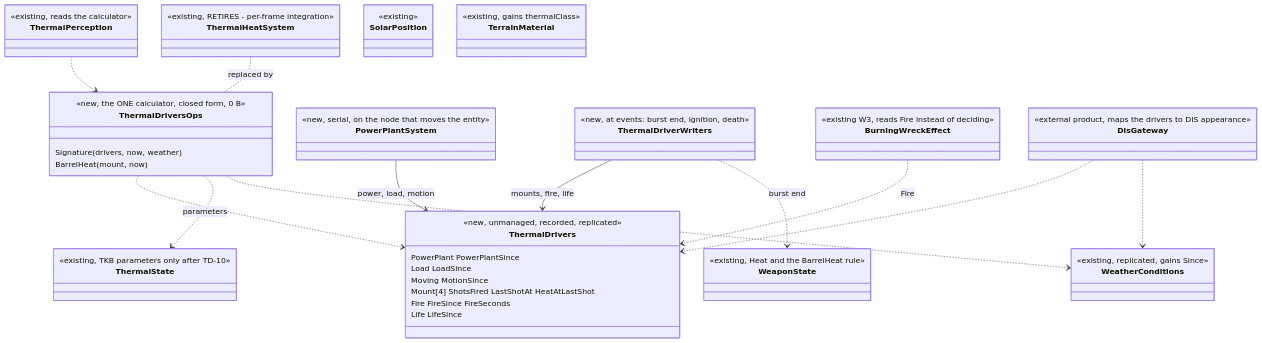
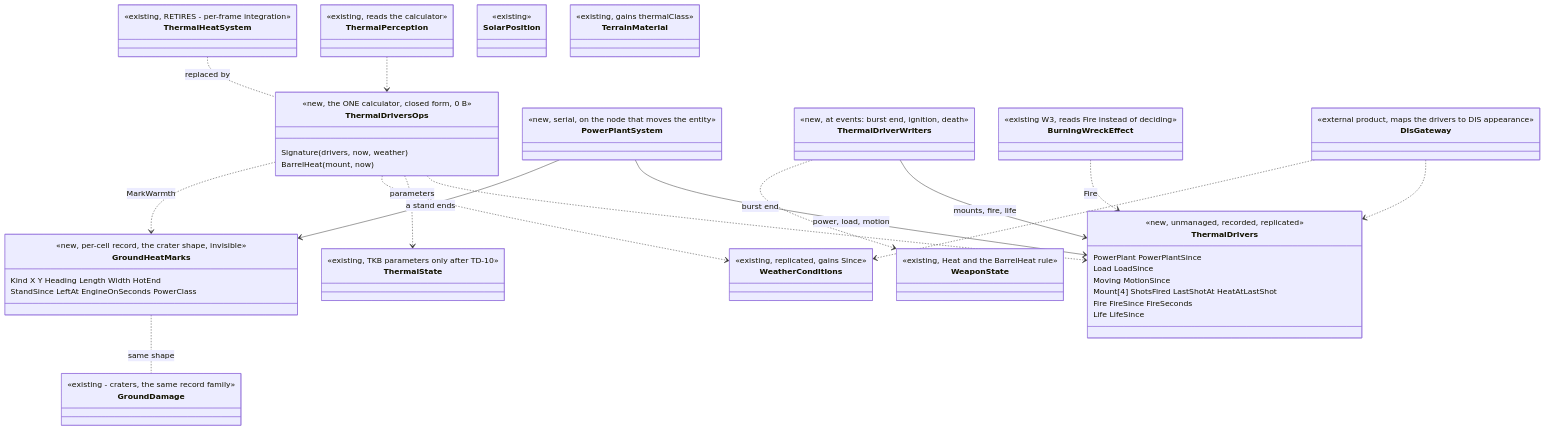
The first of 3 diagrams in docs/designs/thermal/DESIGN_Thermal_Drivers.md (pjanec/HROT), drawn with Mermaid before and after one commit. The commit also changed other lines of this file and 1 other file, not shown here.

First line of the commit message:
thermal drivers: TD-14 ground heat marks (the warm spot a vehicle leaves, invisible terrain records like craters); TD-15 the late joiner's sun (ruled)

````diff
--- a/docs/designs/thermal/DESIGN_Thermal_Drivers.md
+++ b/docs/designs/thermal/DESIGN_Thermal_Drivers.md
@@ -84,61 +105,72 @@
 ```mermaid
 classDiagram
   class ThermalDrivers {
     <<new, unmanaged, recorded, replicated>>
     PowerPlant PowerPlantSince
     Load LoadSince
     Moving MotionSince
     Mount[4] ShotsFired LastShotAt HeatAtLastShot
     Fire FireSince FireSeconds
     Life LifeSince
   }
   class ThermalDriversOps {
     <<new, the ONE calculator, closed form, 0 B>>
     Signature(drivers, now, weather)
     BarrelHeat(mount, now)
   }
   class PowerPlantSystem {
     <<new, serial, on the node that moves the entity>>
   }
   class ThermalDriverWriters {
     <<new, at events: burst end, ignition, death>>
   }
   class ThermalState {
     <<existing, TKB parameters only after TD-10>>
   }
   class ThermalHeatSystem {
     <<existing, RETIRES - per-frame integration>>
   }
   class ThermalPerception {
     <<existing, reads the calculator>>
   }
   class WeaponState {
     <<existing, Heat and the BarrelHeat rule>>
   }
   class BurningWreckEffect {
     <<existing W3, reads Fire instead of deciding>>
   }
   class WeatherConditions {
     <<existing, replicated, gains Since>>
   }
   class SolarPosition {
     <<existing>>
   }
   class TerrainMaterial {
     <<existing, gains thermalClass>>
   }
+  class GroundHeatMarks {
+    <<new, per-cell record, the crater shape, invisible>>
+    Kind X Y Heading Length Width HotEnd
+    StandSince LeftAt EngineOnSeconds PowerClass
+  }
+  class GroundDamage {
+    <<existing - craters, the same record family>>
+  }
   class DisGateway {
     <<external product, maps the drivers to DIS appearance>>
   }
   PowerPlantSystem --> ThermalDrivers : power, load, motion
   ThermalDriverWriters --> ThermalDrivers : mounts, fire, life
   ThermalDriverWriters ..> WeaponState : burst end
   ThermalDriversOps ..> ThermalDrivers
   ThermalDriversOps ..> ThermalState : parameters
   ThermalDriversOps ..> WeatherConditions
   ThermalPerception ..> ThermalDriversOps
   BurningWreckEffect ..> ThermalDrivers : Fire
   DisGateway ..> ThermalDrivers
   DisGateway ..> WeatherConditions
   ThermalHeatSystem .. ThermalDriversOps : replaced by
+  PowerPlantSystem --> GroundHeatMarks : a stand ends
+  GroundHeatMarks .. GroundDamage : same shape
+  ThermalDriversOps ..> GroundHeatMarks : MarkWarmth
 ```
````
